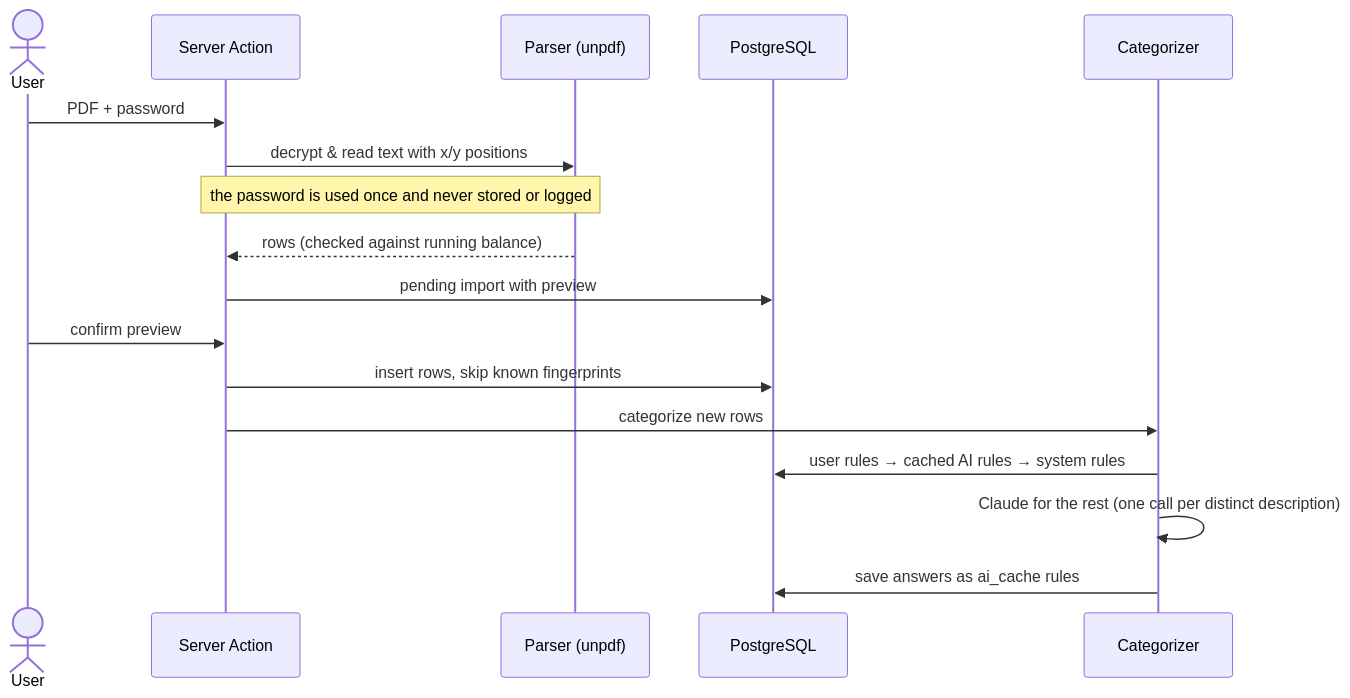
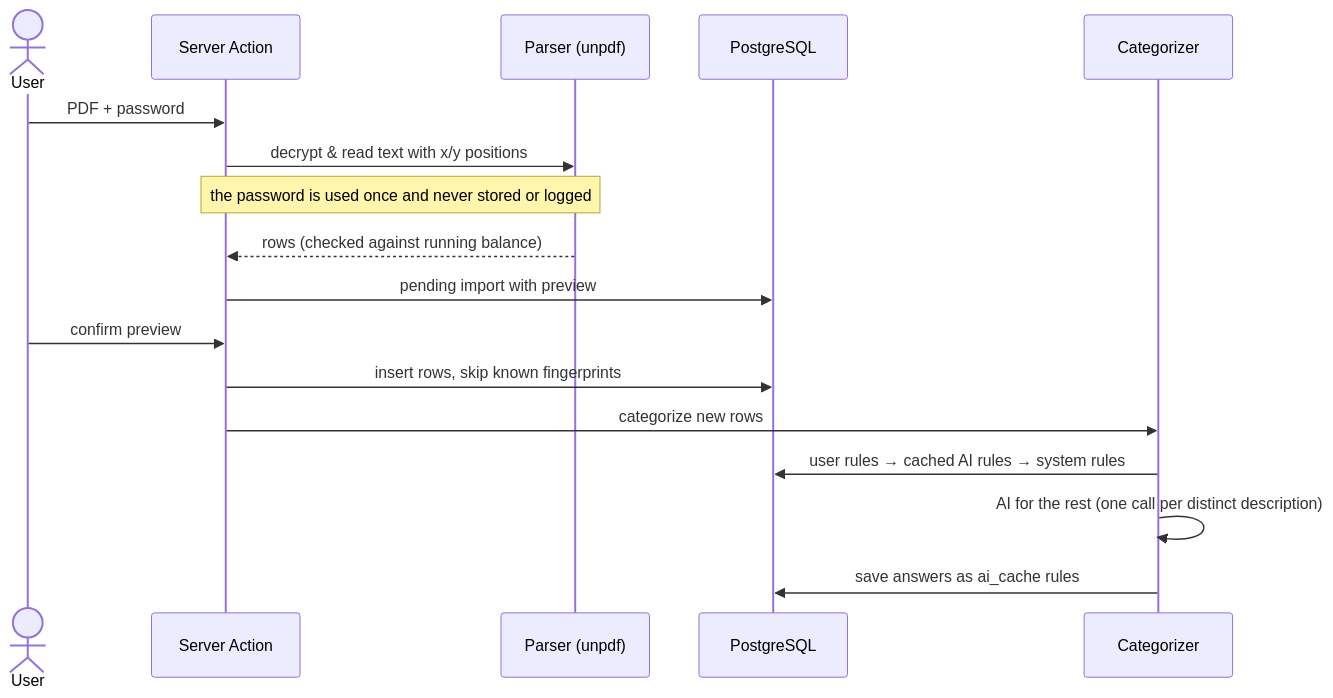
Before and after one commit to sariffff/finance-dashboard: the second of 2 diagrams in README.md, drawn with Mermaid. The commit also changed other lines of this file and 25 other files, not shown here.

````diff
--- a/README.md
+++ b/README.md
@@ -59,19 +60,19 @@
 ```mermaid
 sequenceDiagram
   actor U as User
   participant A as Server Action
   participant P as Parser (unpdf)
   participant DB as PostgreSQL
   participant C as Categorizer
   U->>A: PDF + password
   A->>P: decrypt & read text with x/y positions
   Note over A,P: the password is used once and never stored or logged
   P-->>A: rows (checked against running balance)
   A->>DB: pending import with preview
   U->>A: confirm preview
   A->>DB: insert rows, skip known fingerprints
   A->>C: categorize new rows
   C->>DB: user rules → cached AI rules → system rules
-  C->>C: Claude for the rest (one call per distinct description)
+  C->>C: AI for the rest (one call per distinct description)
   C->>DB: save answers as ai_cache rules
 ```
````
